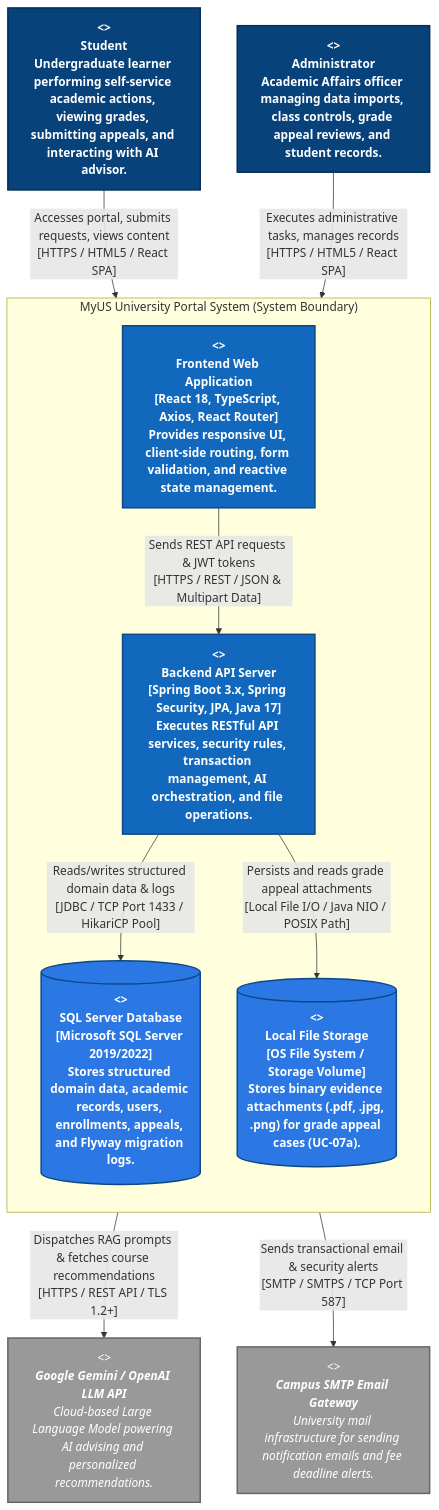
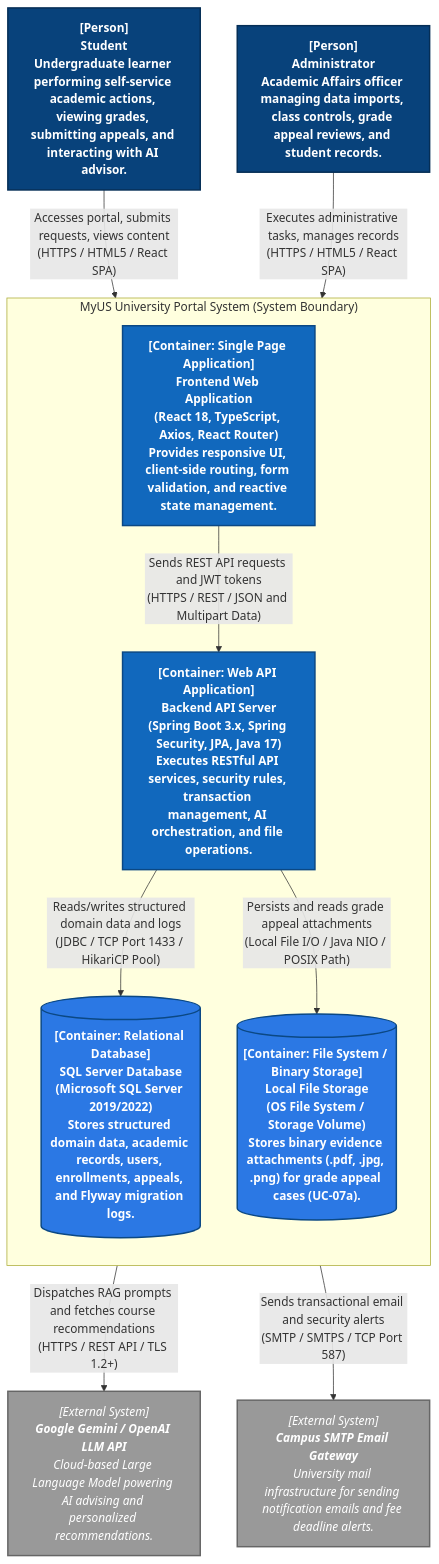
Before and after one commit to ltny24/Software-Engineering---Group-6: the first of 3 diagrams in docs/analysis-and-design/Section_C_Container_and_Component_Diagram.md, drawn with Mermaid. The commit also changed other lines of this file and 49 other files, not shown here.

````diff
--- a/docs/analysis-and-design/Section_C_Container_and_Component_Diagram.md
+++ b/docs/analysis-and-design/Section_C_Container_and_Component_Diagram.md
@@ -25,43 +25,43 @@
 ```mermaid
 flowchart TB
     %% C4 Model Styling Definitions
     classDef person fill:#08427b,stroke:#052e56,stroke-width:2px,color:#ffffff,font-weight:bold
     classDef container fill:#1168bd,stroke:#0b4884,stroke-width:2px,color:#ffffff,font-weight:bold
     classDef database fill:#2b78e4,stroke:#0b4884,stroke-width:2px,color:#ffffff,font-weight:bold
     classDef external fill:#999999,stroke:#666666,stroke-width:2px,color:#ffffff,font-style:italic
 
     %% Primary Actors (People)
-    Student["<<Person>><br/><b>Student</b><br/>Undergraduate learner performing self-service academic actions, viewing grades, submitting appeals, and interacting with AI advisor."]:::person
+    Student["[Person]<br><b>Student</b><br>Undergraduate learner performing self-service academic actions, viewing grades, submitting appeals, and interacting with AI advisor."]:::person
 
-    Admin["<<Person>><br/><b>Administrator</b><br/>Academic Affairs officer managing data imports, class controls, grade appeal reviews, and student records."]:::person
+    Admin["[Person]<br><b>Administrator</b><br>Academic Affairs officer managing data imports, class controls, grade appeal reviews, and student records."]:::person
 
     %% System Boundary
     subgraph SystemBoundary ["MyUS University Portal System (System Boundary)"]
         direction TB
 
-        Frontend["<<Container: Single Page Application>><br/><b>Frontend Web Application</b><br/>[React 18, TypeScript, Axios, React Router]<br/>Provides responsive UI, client-side routing, form validation, and reactive state management."]:::container
+        Frontend["[Container: Single Page Application]<br><b>Frontend Web Application</b><br>(React 18, TypeScript, Axios, React Router)<br>Provides responsive UI, client-side routing, form validation, and reactive state management."]:::container
 
-        Backend["<<Container: Web API Application>><br/><b>Backend API Server</b><br/>[Spring Boot 3.x, Spring Security, JPA, Java 17]<br/>Executes RESTful API services, security rules, transaction management, AI orchestration, and file operations."]:::container
+        Backend["[Container: Web API Application]<br><b>Backend API Server</b><br>(Spring Boot 3.x, Spring Security, JPA, Java 17)<br>Executes RESTful API services, security rules, transaction management, AI orchestration, and file operations."]:::container
 
-        Database[("<<Container: Relational Database>><br/><b>SQL Server Database</b><br/>[Microsoft SQL Server 2019/2022]<br/>Stores structured domain data, academic records, users, enrollments, appeals, and Flyway migration logs.")]:::database
+        Database[(" [Container: Relational Database]<br><b>SQL Server Database</b><br>(Microsoft SQL Server 2019/2022)<br>Stores structured domain data, academic records, users, enrollments, appeals, and Flyway migration logs. ")]:::database
 
-        FileStorage[("<<Container: File System / Binary Storage>><br/><b>Local File Storage</b><br/>[OS File System / Storage Volume]<br/>Stores binary evidence attachments (.pdf, .jpg, .png) for grade appeal cases (UC-07a).")]:::database
+        FileStorage[(" [Container: File System / Binary Storage]<br><b>Local File Storage</b><br>(OS File System / Storage Volume)<br>Stores binary evidence attachments (.pdf, .jpg, .png) for grade appeal cases (UC-07a). ")]:::database
     end
 
     %% External Systems
-    GeminiAI["<<External System>><br/><b>Google Gemini / OpenAI LLM API</b><br/>Cloud-based Large Language Model powering AI advising and personalized recommendations."]:::external
+    GeminiAI["[External System]<br><b>Google Gemini / OpenAI LLM API</b><br>Cloud-based Large Language Model powering AI advising and personalized recommendations."]:::external
 
-    EmailGateway["<<External System>><br/><b>Campus SMTP Email Gateway</b><br/>University mail infrastructure for sending notification emails and fee deadline alerts."]:::external
+    EmailGateway["[External System]<br><b>Campus SMTP Email Gateway</b><br>University mail infrastructure for sending notification emails and fee deadline alerts."]:::external
 
     %% Communication Flows
-    Student -->|"Accesses portal, submits requests, views content<br/>[HTTPS / HTML5 / React SPA]"| Frontend
-    Admin -->|"Executes administrative tasks, manages records<br/>[HTTPS / HTML5 / React SPA]"| Frontend
+    Student -->|"Accesses portal, submits requests, views content<br>(HTTPS / HTML5 / React SPA)"| Frontend
+    Admin -->|"Executes administrative tasks, manages records<br>(HTTPS / HTML5 / React SPA)"| Frontend
 
-    Frontend -->|"Sends REST API requests & JWT tokens<br/>[HTTPS / REST / JSON & Multipart Data]"| Backend
+    Frontend -->|"Sends REST API requests and JWT tokens<br>(HTTPS / REST / JSON and Multipart Data)"| Backend
 
-    Backend -->|"Reads/writes structured domain data & logs<br/>[JDBC / TCP Port 1433 / HikariCP Pool]"| Database
-    Backend -->|"Persists and reads grade appeal attachments<br/>[Local File I/O / Java NIO / POSIX Path]"| FileStorage
+    Backend -->|"Reads/writes structured domain data and logs<br>(JDBC / TCP Port 1433 / HikariCP Pool)"| Database
+    Backend -->|"Persists and reads grade appeal attachments<br>(Local File I/O / Java NIO / POSIX Path)"| FileStorage
 
-    Backend -->|"Dispatches RAG prompts & fetches course recommendations<br/>[HTTPS / REST API / TLS 1.2+]"| GeminiAI
-    Backend -->|"Sends transactional email & security alerts<br/>[SMTP / SMTPS / TCP Port 587]"| EmailGateway
+    Backend -->|"Dispatches RAG prompts and fetches course recommendations<br>(HTTPS / REST API / TLS 1.2+)"| GeminiAI
+    Backend -->|"Sends transactional email and security alerts<br>(SMTP / SMTPS / TCP Port 587)"| EmailGateway
 ```
````
